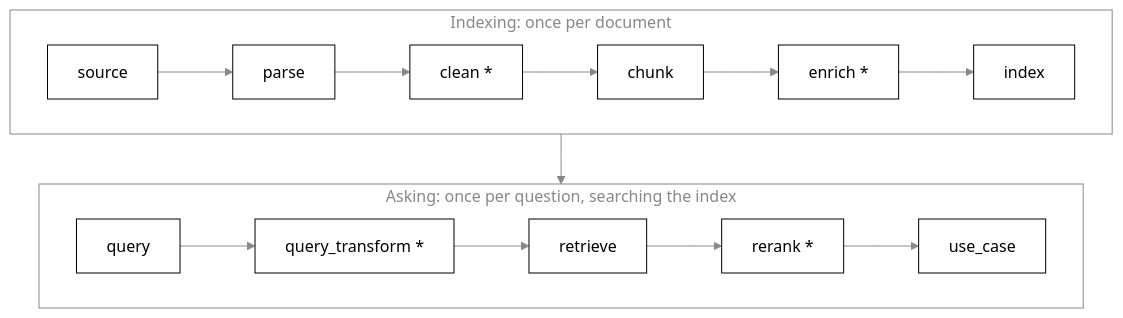
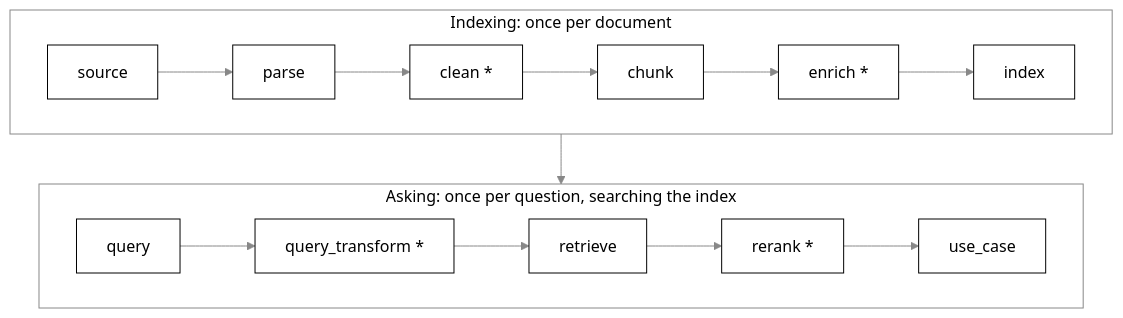
The diagram in README.md (nadeem4/rag-playground), drawn with Mermaid before and after one commit.

Commit message:
docs: diagram groups as white panels so GitHub renders them

````diff
--- a/README.md
+++ b/README.md
@@ -97,13 +97,13 @@
 ```mermaid
-%%{init: {'theme': 'base', 'themeVariables': {'primaryColor': '#ffffff', 'primaryTextColor': '#000000', 'primaryBorderColor': '#000000', 'lineColor': '#888888', 'clusterBkg': 'transparent', 'clusterBorder': '#888888', 'titleColor': '#888888', 'fontFamily': 'monospace'}}}%%
+%%{init: {'theme': 'base', 'themeVariables': {'primaryColor': '#ffffff', 'primaryTextColor': '#000000', 'primaryBorderColor': '#000000', 'lineColor': '#888888', 'clusterBkg': '#ffffff', 'clusterBorder': '#888888', 'titleColor': '#000000', 'fontFamily': 'monospace'}}}%%
 flowchart TB
     subgraph ingest["Indexing: once per document"]
         direction LR
         source --> parse --> clean["clean *"] --> chunk --> enrich["enrich *"] --> index
     end
     subgraph ask["Asking: once per question, searching the index"]
         direction LR
         query --> qt["query_transform *"] --> retrieve --> rerank["rerank *"] --> use_case
     end
     ingest --> ask
 ```
````
